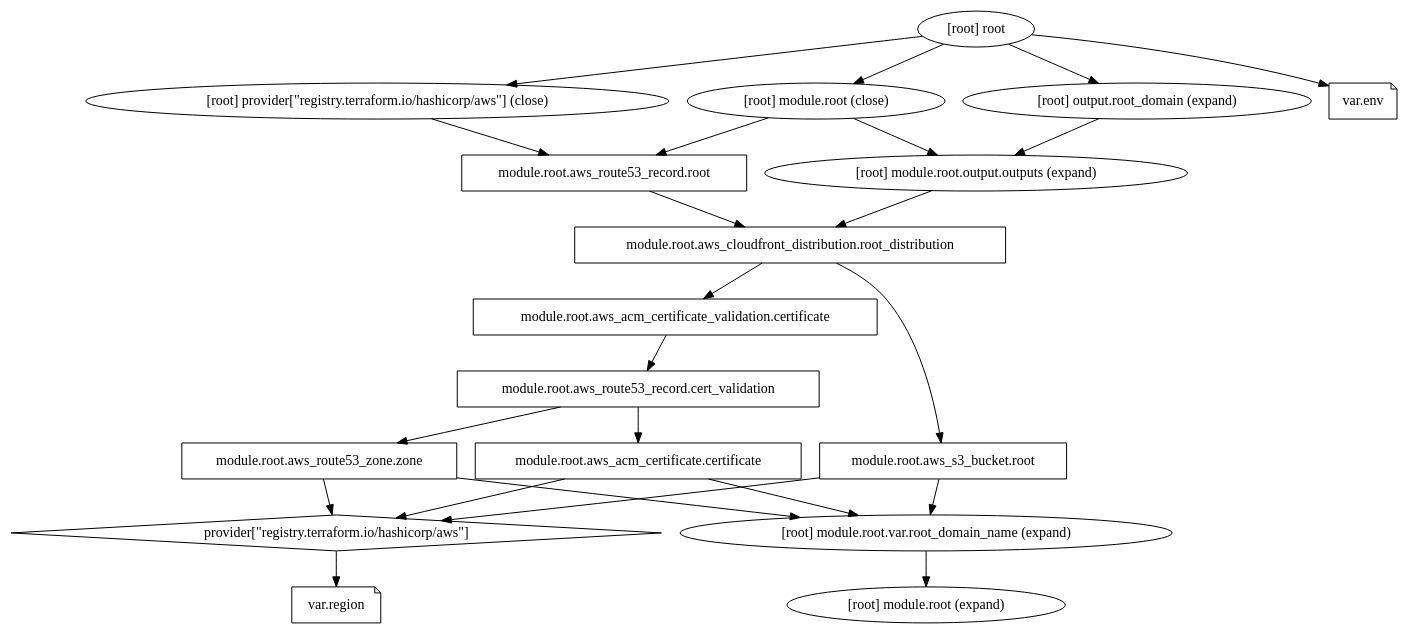
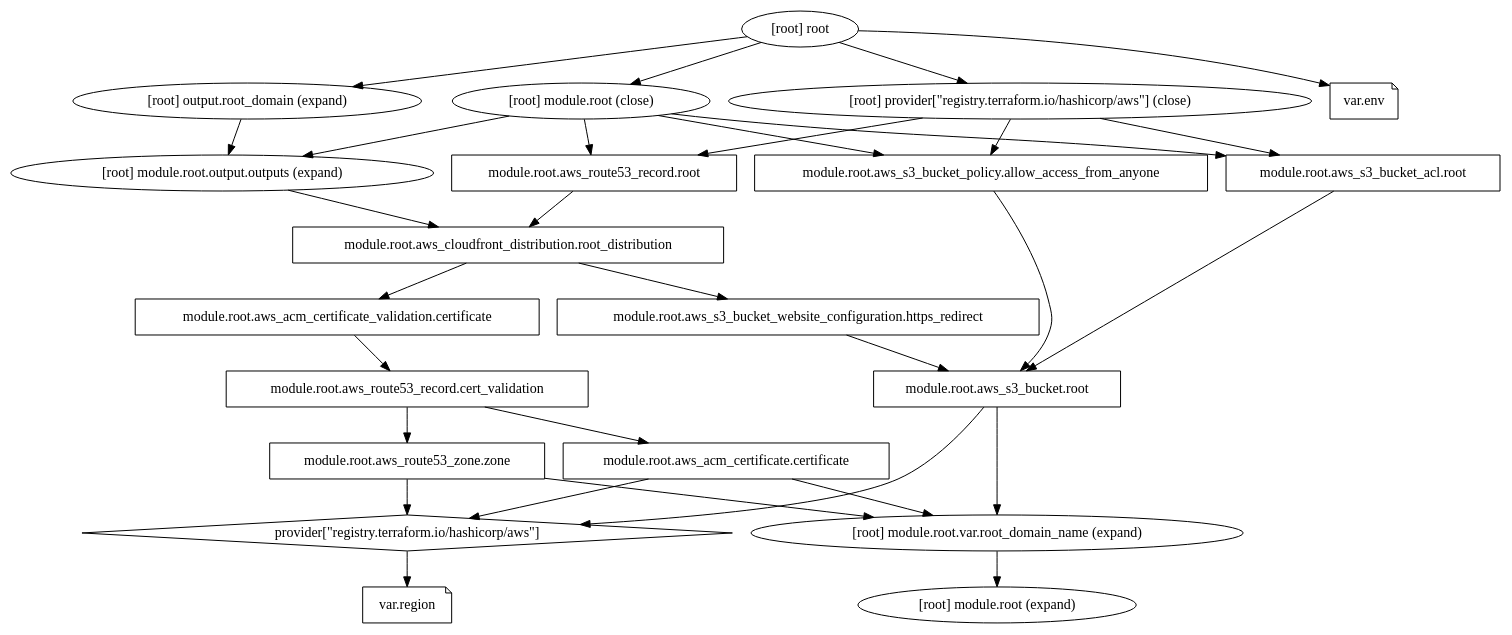
The diagram in root-domains/rockygray.com/graph.dot (grocky/infrastructure), drawn with Graphviz before and after one commit. The commit also changed 7 other files, not shown here.

Commit message:
Update aws_s3_bucket resources

```diff
--- a/root-domains/rockygray.com/graph.dot
+++ b/root-domains/rockygray.com/graph.dot
@@ -1,39 +1,49 @@
 digraph {
 	compound = "true"
 	newrank = "true"
 	subgraph "root" {
 		"[root] module.root.aws_acm_certificate.certificate (expand)" [label = "module.root.aws_acm_certificate.certificate", shape = "box"]
 		"[root] module.root.aws_acm_certificate_validation.certificate (expand)" [label = "module.root.aws_acm_certificate_validation.certificate", shape = "box"]
 		"[root] module.root.aws_cloudfront_distribution.root_distribution (expand)" [label = "module.root.aws_cloudfront_distribution.root_distribution", shape = "box"]
 		"[root] module.root.aws_route53_record.cert_validation (expand)" [label = "module.root.aws_route53_record.cert_validation", shape = "box"]
 		"[root] module.root.aws_route53_record.root (expand)" [label = "module.root.aws_route53_record.root", shape = "box"]
 		"[root] module.root.aws_route53_zone.zone (expand)" [label = "module.root.aws_route53_zone.zone", shape = "box"]
 		"[root] module.root.aws_s3_bucket.root (expand)" [label = "module.root.aws_s3_bucket.root", shape = "box"]
+		"[root] module.root.aws_s3_bucket_acl.root (expand)" [label = "module.root.aws_s3_bucket_acl.root", shape = "box"]
+		"[root] module.root.aws_s3_bucket_policy.allow_access_from_anyone (expand)" [label = "module.root.aws_s3_bucket_policy.allow_access_from_anyone", shape = "box"]
+		"[root] module.root.aws_s3_bucket_website_configuration.https_redirect (expand)" [label = "module.root.aws_s3_bucket_website_configuration.https_redirect", shape = "box"]
 		"[root] provider[\"registry.terraform.io/hashicorp/aws\"]" [label = "provider[\"registry.terraform.io/hashicorp/aws\"]", shape = "diamond"]
 		"[root] var.env" [label = "var.env", shape = "note"]
 		"[root] var.region" [label = "var.region", shape = "note"]
 		"[root] module.root (close)" -> "[root] module.root.aws_route53_record.root (expand)"
+		"[root] module.root (close)" -> "[root] module.root.aws_s3_bucket_acl.root (expand)"
+		"[root] module.root (close)" -> "[root] module.root.aws_s3_bucket_policy.allow_access_from_anyone (expand)"
 		"[root] module.root (close)" -> "[root] module.root.output.outputs (expand)"
 		"[root] module.root.aws_acm_certificate.certificate (expand)" -> "[root] module.root.var.root_domain_name (expand)"
 		"[root] module.root.aws_acm_certificate.certificate (expand)" -> "[root] provider[\"registry.terraform.io/hashicorp/aws\"]"
 		"[root] module.root.aws_acm_certificate_validation.certificate (expand)" -> "[root] module.root.aws_route53_record.cert_validation (expand)"
 		"[root] module.root.aws_cloudfront_distribution.root_distribution (expand)" -> "[root] module.root.aws_acm_certificate_validation.certificate (expand)"
-		"[root] module.root.aws_cloudfront_distribution.root_distribution (expand)" -> "[root] module.root.aws_s3_bucket.root (expand)"
+		"[root] module.root.aws_cloudfront_distribution.root_distribution (expand)" -> "[root] module.root.aws_s3_bucket_website_configuration.https_redirect (expand)"
 		"[root] module.root.aws_route53_record.cert_validation (expand)" -> "[root] module.root.aws_acm_certificate.certificate (expand)"
 		"[root] module.root.aws_route53_record.cert_validation (expand)" -> "[root] module.root.aws_route53_zone.zone (expand)"
 		"[root] module.root.aws_route53_record.root (expand)" -> "[root] module.root.aws_cloudfront_distribution.root_distribution (expand)"
 		"[root] module.root.aws_route53_zone.zone (expand)" -> "[root] module.root.var.root_domain_name (expand)"
 		"[root] module.root.aws_route53_zone.zone (expand)" -> "[root] provider[\"registry.terraform.io/hashicorp/aws\"]"
 		"[root] module.root.aws_s3_bucket.root (expand)" -> "[root] module.root.var.root_domain_name (expand)"
 		"[root] module.root.aws_s3_bucket.root (expand)" -> "[root] provider[\"registry.terraform.io/hashicorp/aws\"]"
+		"[root] module.root.aws_s3_bucket_acl.root (expand)" -> "[root] module.root.aws_s3_bucket.root (expand)"
+		"[root] module.root.aws_s3_bucket_policy.allow_access_from_anyone (expand)" -> "[root] module.root.aws_s3_bucket.root (expand)"
+		"[root] module.root.aws_s3_bucket_website_configuration.https_redirect (expand)" -> "[root] module.root.aws_s3_bucket.root (expand)"
 		"[root] module.root.output.outputs (expand)" -> "[root] module.root.aws_cloudfront_distribution.root_distribution (expand)"
 		"[root] module.root.var.root_domain_name (expand)" -> "[root] module.root (expand)"
 		"[root] output.root_domain (expand)" -> "[root] module.root.output.outputs (expand)"
 		"[root] provider[\"registry.terraform.io/hashicorp/aws\"] (close)" -> "[root] module.root.aws_route53_record.root (expand)"
+		"[root] provider[\"registry.terraform.io/hashicorp/aws\"] (close)" -> "[root] module.root.aws_s3_bucket_acl.root (expand)"
+		"[root] provider[\"registry.terraform.io/hashicorp/aws\"] (close)" -> "[root] module.root.aws_s3_bucket_policy.allow_access_from_anyone (expand)"
 		"[root] provider[\"registry.terraform.io/hashicorp/aws\"]" -> "[root] var.region"
 		"[root] root" -> "[root] module.root (close)"
 		"[root] root" -> "[root] output.root_domain (expand)"
 		"[root] root" -> "[root] provider[\"registry.terraform.io/hashicorp/aws\"] (close)"
 		"[root] root" -> "[root] var.env"
 	}
 }
```
